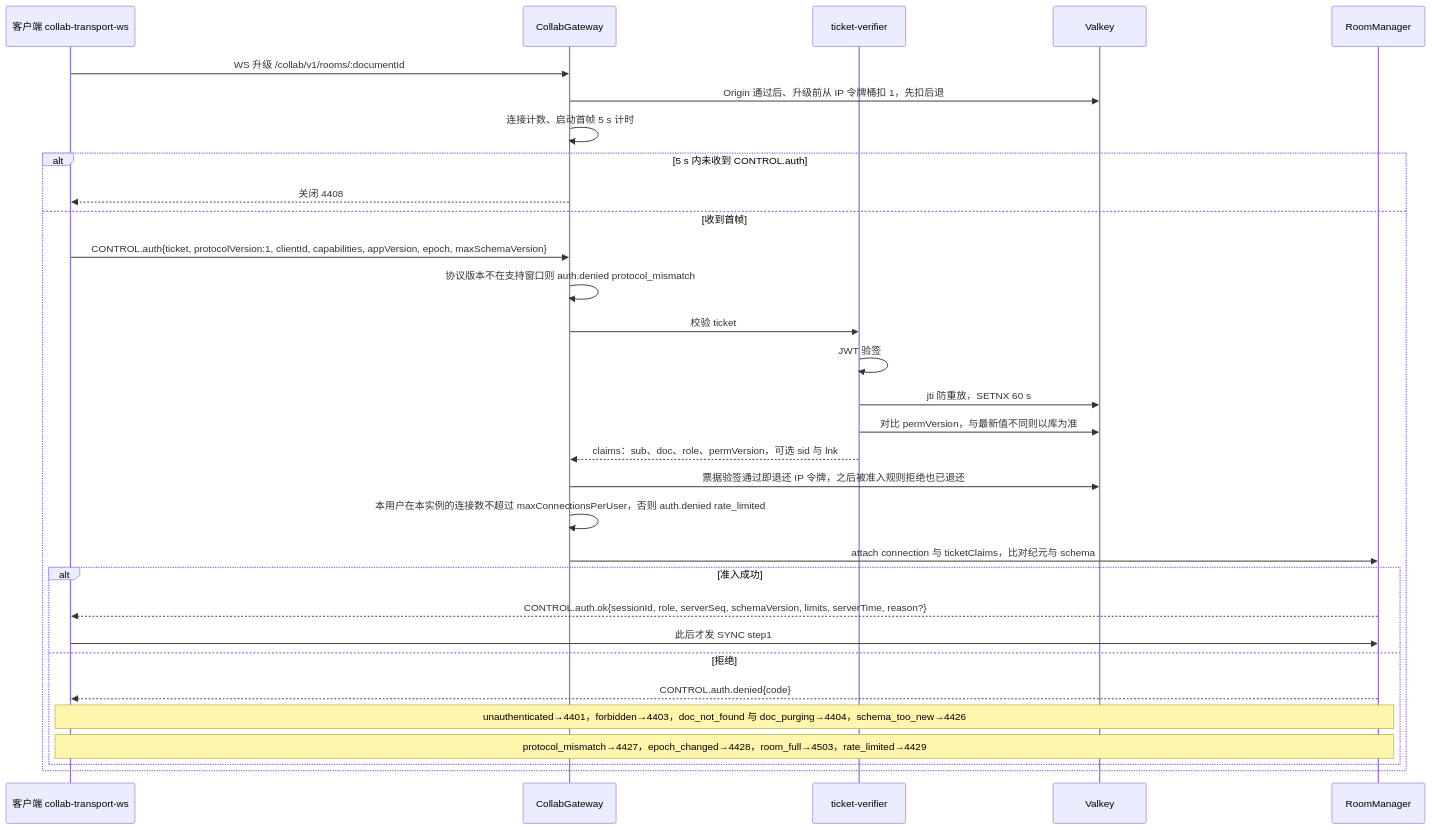
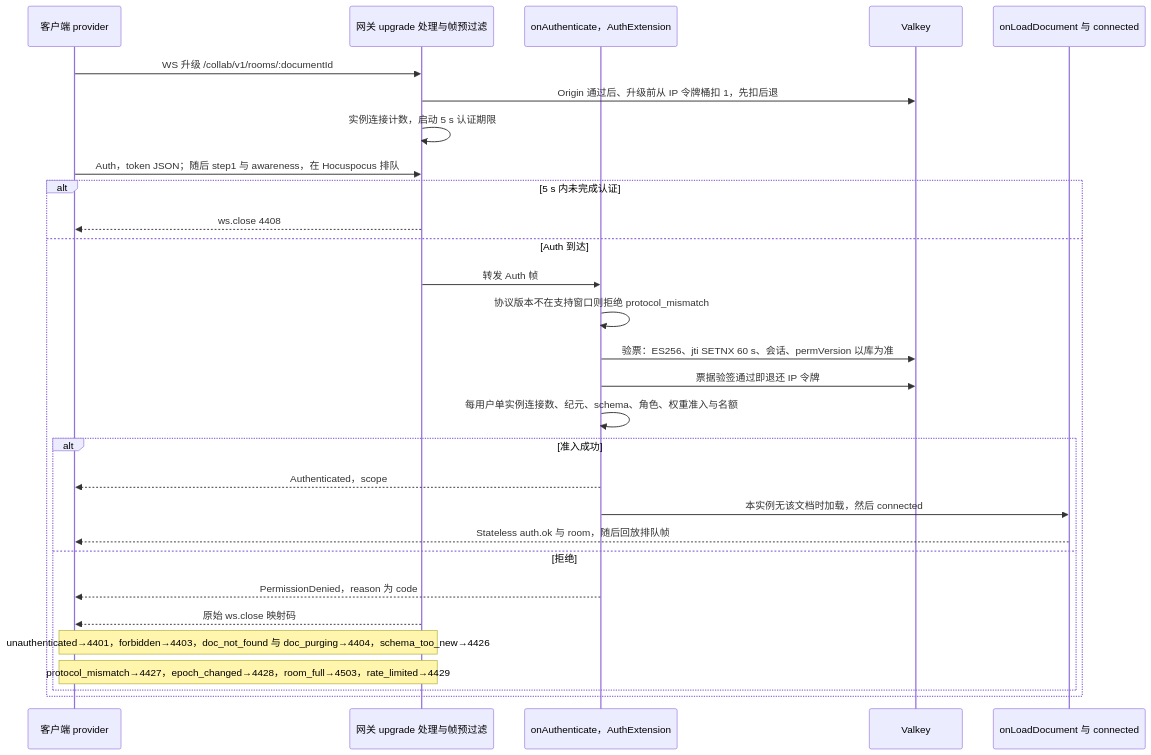
One commit to Xeonice/cordis-ppt-editor changed the eighth of 15 diagrams in docs/30-architecture/06-collaboration.md. Above: the diagram before and after it, drawn with Mermaid. The commit also changed other lines of this file and 78 other files, not shown here.

````diff
--- a/docs/30-architecture/06-collaboration.md
+++ b/docs/30-architecture/06-collaboration.md
@@ -646,33 +665,31 @@
 ```mermaid
 sequenceDiagram
-  participant C as 客户端 collab-transport-ws
-  participant G as CollabGateway
-  participant TV as ticket-verifier
+  participant C as 客户端 provider
+  participant U as 网关 upgrade 处理与帧预过滤
+  participant A as onAuthenticate，AuthExtension
   participant VK as Valkey
-  participant RM as RoomManager
-  C->>G: WS 升级 /collab/v1/rooms/:documentId
-  G->>VK: Origin 通过后、升级前从 IP 令牌桶扣 1，先扣后退
-  G->>G: 连接计数、启动首帧 5 s 计时
-  alt 5 s 内未收到 CONTROL.auth
-    G-->>C: 关闭 4408
-  else 收到首帧
-    C->>G: CONTROL.auth{ticket, protocolVersion:1, clientId, capabilities, appVersion, epoch, maxSchemaVersion}
-    G->>G: 协议版本不在支持窗口则 auth.denied protocol_mismatch
-    G->>TV: 校验 ticket
-    TV->>TV: JWT 验签
-    TV->>VK: jti 防重放，SETNX 60 s
-    TV->>VK: 对比 permVersion，与最新值不同则以库为准
-    TV-->>G: claims：sub、doc、role、permVersion，可选 sid 与 lnk
-    G->>VK: 票据验签通过即退还 IP 令牌，之后被准入规则拒绝也已退还
-    G->>G: 本用户在本实例的连接数不超过 maxConnectionsPerUser，否则 auth.denied rate_limited
-    G->>RM: attach connection 与 ticketClaims，比对纪元与 schema
+  participant R as onLoadDocument 与 connected
+  C->>U: WS 升级 /collab/v1/rooms/:documentId
+  U->>VK: Origin 通过后、升级前从 IP 令牌桶扣 1，先扣后退
+  U->>U: 实例连接计数，启动 5 s 认证期限
+  C->>U: Auth，token JSON；随后 step1 与 awareness，在 Hocuspocus 排队
+  alt 5 s 内未完成认证
+    U-->>C: ws.close 4408
+  else Auth 到达
+    U->>A: 转发 Auth 帧
+    A->>A: 协议版本不在支持窗口则拒绝 protocol_mismatch
+    A->>VK: 验票：ES256、jti SETNX 60 s、会话、permVersion 以库为准
+    A->>VK: 票据验签通过即退还 IP 令牌
+    A->>A: 每用户单实例连接数、纪元、schema、角色、权重准入与名额
     alt 准入成功
-      RM-->>C: CONTROL.auth.ok{sessionId, role, serverSeq, schemaVersion, limits, serverTime, reason?}
-      C->>RM: 此后才发 SYNC step1
+      A-->>C: Authenticated，scope
+      A->>R: 本实例无该文档时加载，然后 connected
+      R-->>C: Stateless auth.ok 与 room，随后回放排队帧
     else 拒绝
-      RM-->>C: CONTROL.auth.denied{code}
-      Note over C,RM: unauthenticated→4401，forbidden→4403，doc_not_found 与 doc_purging→4404，schema_too_new→4426
-      Note over C,RM: protocol_mismatch→4427，epoch_changed→4428，room_full→4503，rate_limited→4429
+      A-->>C: PermissionDenied，reason 为 code
+      U-->>C: 原始 ws.close 映射码
+      Note over C,U: unauthenticated→4401，forbidden→4403，doc_not_found 与 doc_purging→4404，schema_too_new→4426
+      Note over C,U: protocol_mismatch→4427，epoch_changed→4428，room_full→4503，rate_limited→4429
     end
   end
 ```
````
